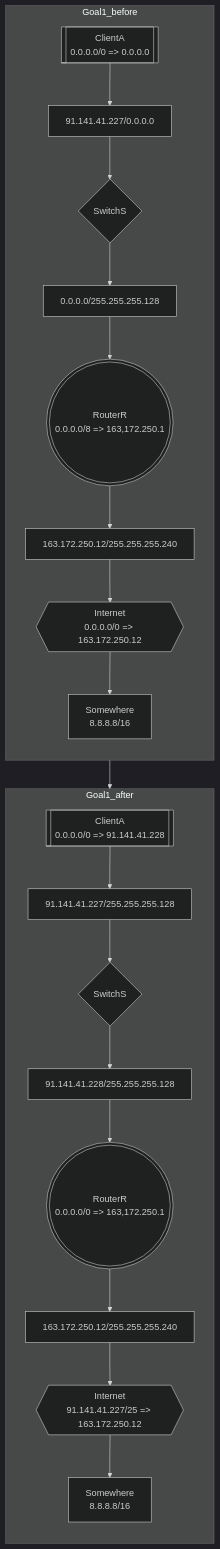
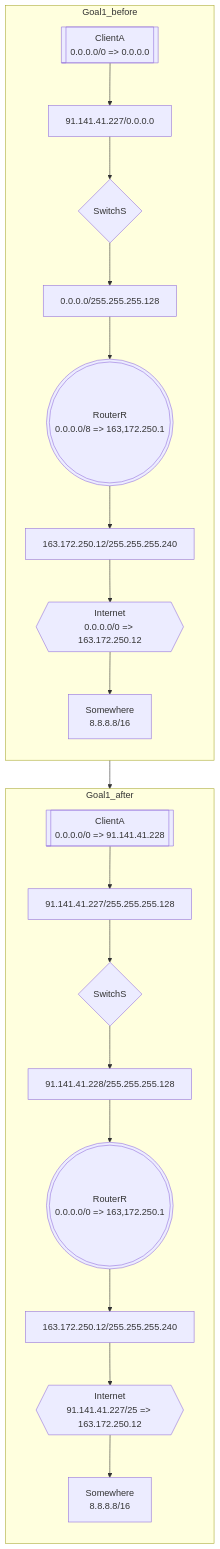
Before and after one commit to rikeda-cloud/net_practice: the second of 2 diagrams in level6.md, drawn with Mermaid. The commit also changed other lines of this file and 7 other files, not shown here.

Commit message:
add level7.md && add chart label

````diff
--- a/level6.md
+++ b/level6.md
@@ -35,31 +38,29 @@
 ```mermaid
-%%{init:{'theme': 'dark'}}%%
-%%{init:{'flowchart': {'curve': 'natural'}}}%%
 flowchart
 Goal1_before-->Goal1_after
 subgraph Goal1_before
     direction TB
     BE_CL_A[[ClientA<br>0.0.0.0/0 => 0.0.0.0]]
     BE_RR(((RouterR<br>0.0.0.0/8 => 163,172.250.1)))
     BE_IF_A[91.141.41.227/0.0.0.0]
     BE_IF_R1[0.0.0.0/255.255.255.128]
     BE_IF_R2[163.172.250.12/255.255.255.240]
     BE_IF_S[Somewhere<br>8.8.8.8/16]
     BE_S{SwitchS}
     BE_NET{{Internet<br>0.0.0.0/0 => 163.172.250.12}}
     BE_CL_A-->BE_IF_A-->BE_S-->BE_IF_R1-->BE_RR-->BE_IF_R2-->BE_NET-->BE_IF_S   
 end
 
 subgraph Goal1_after
     direction TB
     AF_RR(((RouterR<br>0.0.0.0/0 => 163,172.250.1)))
     AF_CL_A[[ClientA<br>0.0.0.0/0 => 91.141.41.228]]
     AF_IF_A[91.141.41.227/255.255.255.128]
     AF_IF_R1[91.141.41.228/255.255.255.128]
     AF_IF_R2[163.172.250.12/255.255.255.240]
     AF_IF_S[Somewhere<br>8.8.8.8/16]
     AF_S{SwitchS}
     AF_NET{{Internet<br>91.141.41.227/25 => 163.172.250.12}}
     AF_CL_A-->AF_IF_A-->AF_S-->AF_IF_R1-->AF_RR-->AF_IF_R2-->AF_NET-->AF_IF_S   
 end
 ```
````
